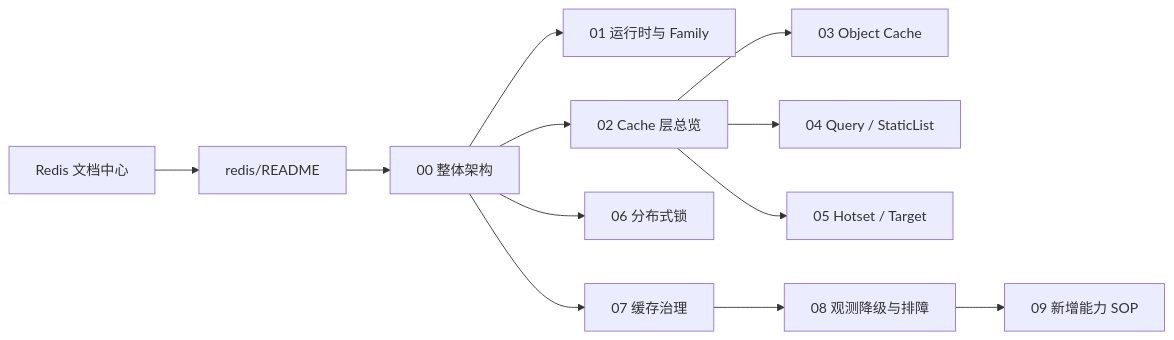
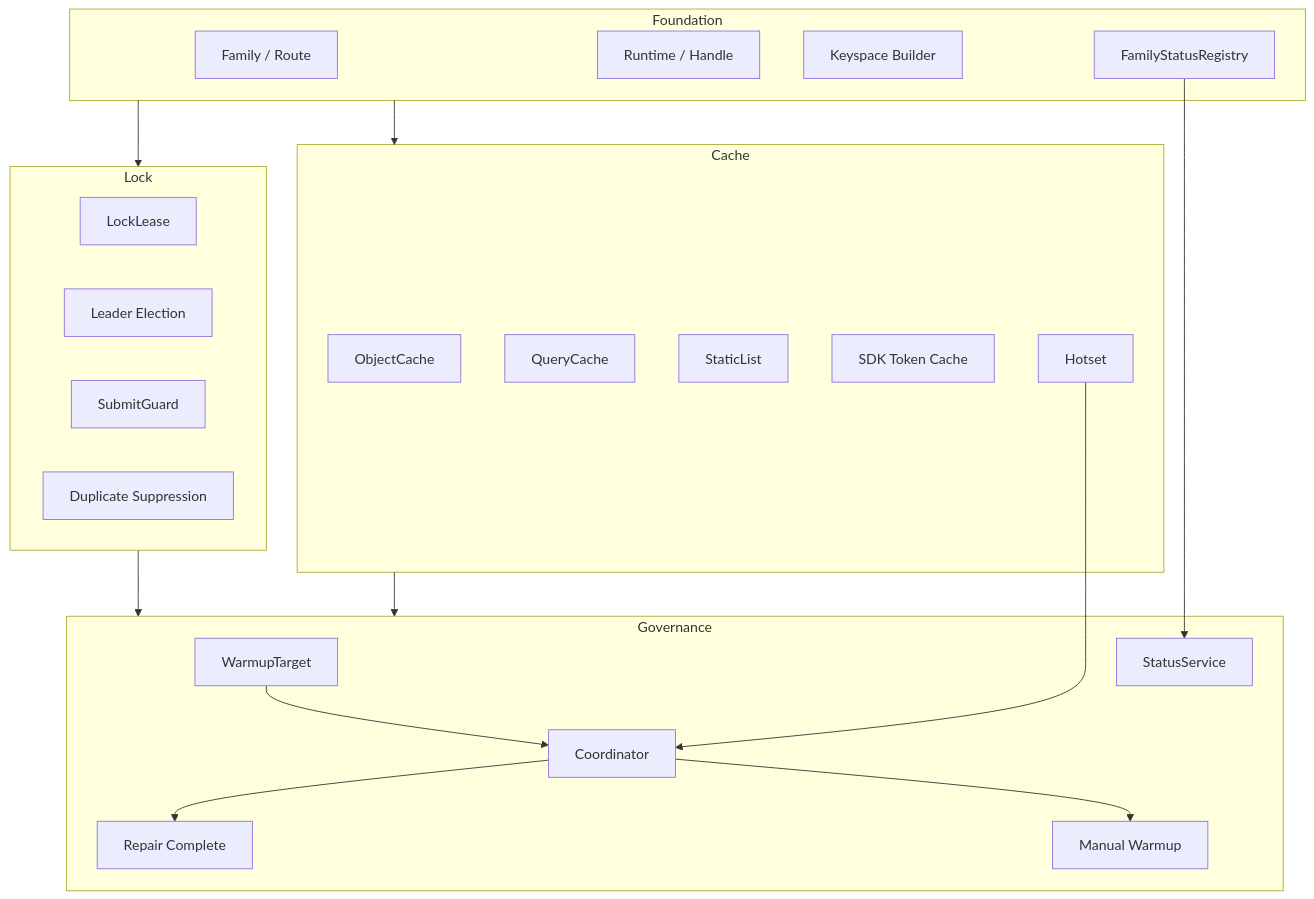
The diagram in docs/03-基础设施/redis/README.md (FangcunMount/qs-server), drawn with Mermaid before and after one commit. The commit also changed other lines of this file and 10 other files, not shown here.

````diff
--- a/docs/03-基础设施/redis/README.md
+++ b/docs/03-基础设施/redis/README.md
@@ -17,14 +251,42 @@
 ```mermaid
-flowchart LR
-    Start["Redis 文档中心"] --> Map["redis/README"]
-    Map --> A["00 整体架构"]
-    A --> R["01 运行时与 Family"]
-    A --> C["02 Cache 层总览"]
-    C --> OC["03 Object Cache"]
-    C --> QC["04 Query / StaticList"]
-    C --> H["05 Hotset / Target"]
-    A --> L["06 分布式锁"]
-    A --> G["07 缓存治理"]
-    G --> O["08 观测降级与排障"]
-    O --> S["09 新增能力 SOP"]
+flowchart TB
+    subgraph Foundation["Foundation"]
+        family["Family / Route"]
+        runtime["Runtime / Handle"]
+        namespace["Keyspace Builder"]
+        status["FamilyStatusRegistry"]
+    end
+
+    subgraph Cache["Cache"]
+        object["ObjectCache"]
+        query["QueryCache"]
+        static["StaticList"]
+        sdk["SDK Token Cache"]
+        hotset["Hotset"]
+    end
+
+    subgraph Lock["Lock"]
+        lease["LockLease"]
+        leader["Leader Election"]
+        submit["SubmitGuard"]
+        duplicate["Duplicate Suppression"]
+    end
+
+    subgraph Governance["Governance"]
+        target["WarmupTarget"]
+        coord["Coordinator"]
+        manual["Manual Warmup"]
+        repair["Repair Complete"]
+        govStatus["StatusService"]
+    end
+
+    Foundation --> Cache
+    Foundation --> Lock
+    Cache --> Governance
+    Lock --> Governance
+    status --> govStatus
+    hotset --> coord
+    target --> coord
+    coord --> manual
+    coord --> repair
 ```
````
